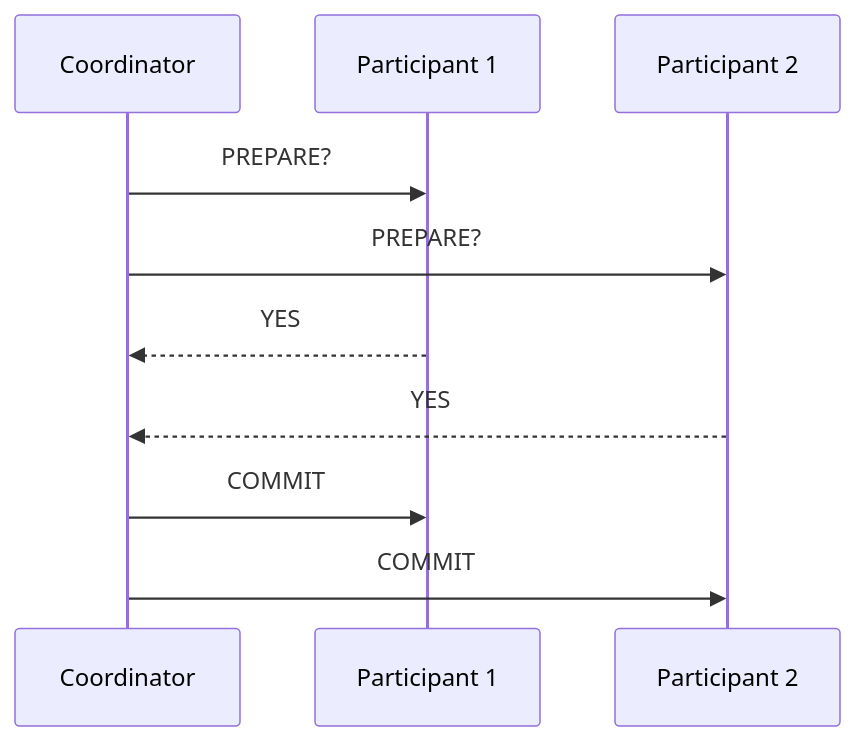
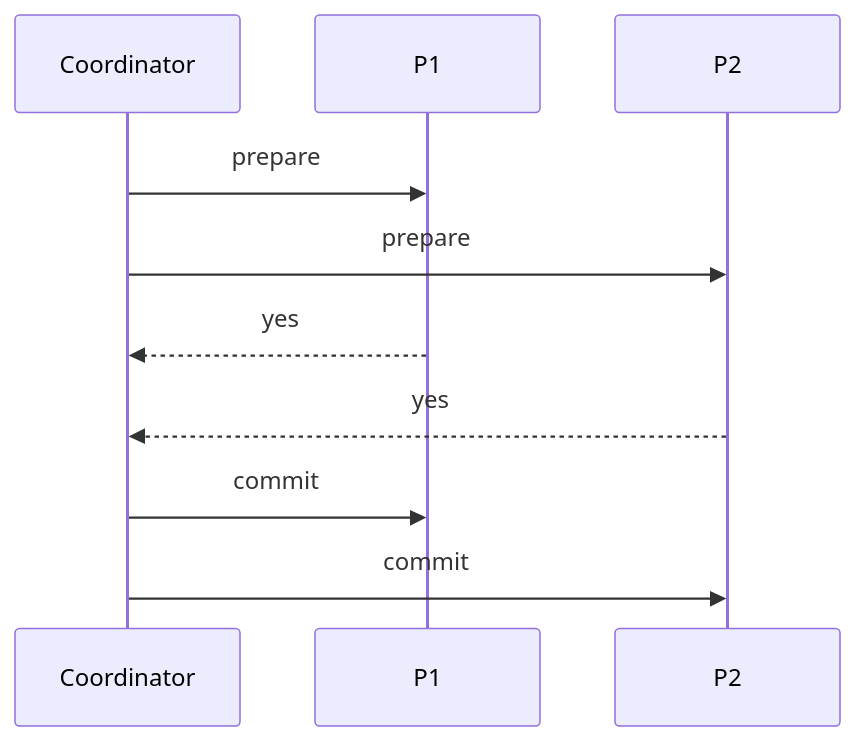
One commit to GabrielAlmeidaFlores/Senior-Software-Architect changed the second of 2 diagrams in database/database-masterclass/01-theory-and-foundations/03-consensus-2pc-and-distributed-transactions.md. Above: the diagram before and after it, drawn with Mermaid. The commit also changed other lines of this file and 19 other files, not shown here.

````diff
--- a/database/database-masterclass/01-theory-and-foundations/03-consensus-2pc-and-distributed-transactions.md
+++ b/database/database-masterclass/01-theory-and-foundations/03-consensus-2pc-and-distributed-transactions.md
@@ -66,12 +83,12 @@
 ```mermaid
 sequenceDiagram
-    participant CO as Coordinator
-    participant P1 as Participant 1
-    participant P2 as Participant 2
-    CO->>P1: PREPARE?
-    CO->>P2: PREPARE?
-    P1-->>CO: YES
-    P2-->>CO: YES
-    CO->>P1: COMMIT
-    CO->>P2: COMMIT
+    participant Coordinator
+    participant P1
+    participant P2
+    Coordinator->>P1: prepare
+    Coordinator->>P2: prepare
+    P1-->>Coordinator: yes
+    P2-->>Coordinator: yes
+    Coordinator->>P1: commit
+    Coordinator->>P2: commit
 ```
````
